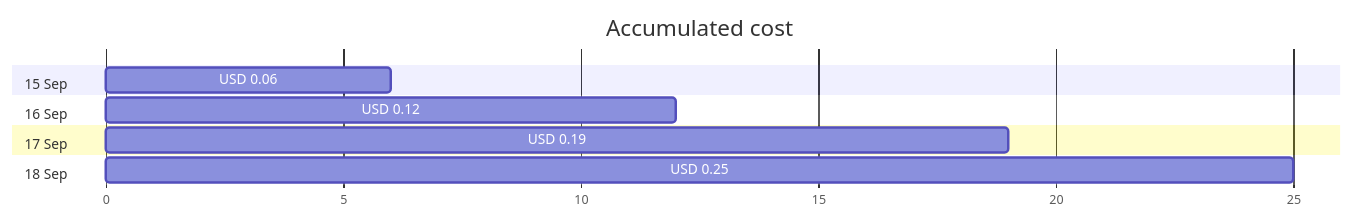
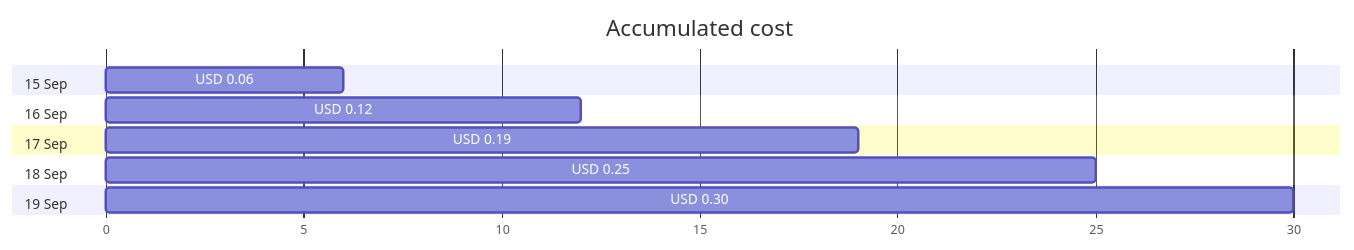
Before and after one commit to jpfulton/azure-personal-reports: the first of 4 diagrams in cost-reports/personal-network/vpn-server_OsDisk.md, drawn with Mermaid. The commit also changed other lines of this file and 18 other files, not shown here.

````diff
--- a/cost-reports/personal-network/vpn-server_OsDisk.md
+++ b/cost-reports/personal-network/vpn-server_OsDisk.md
@@ -20,14 +20,16 @@
 ```mermaid
 gantt
    title Accumulated cost
    dateFormat  X
    axisFormat %s
    section 15 Sep
    USD 0.06 :0, 6
    section 16 Sep
    USD 0.12 :0, 12
    section 17 Sep
    USD 0.19 :0, 19
    section 18 Sep
    USD 0.25 :0, 25
+   section 19 Sep
+   USD 0.30 :0, 30
 ```
````
